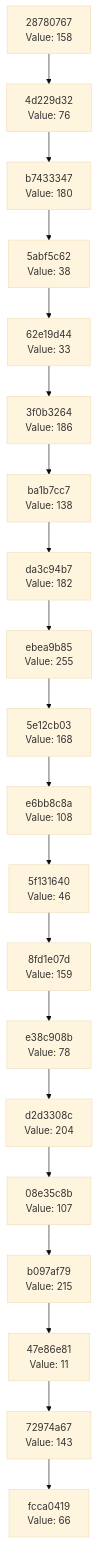
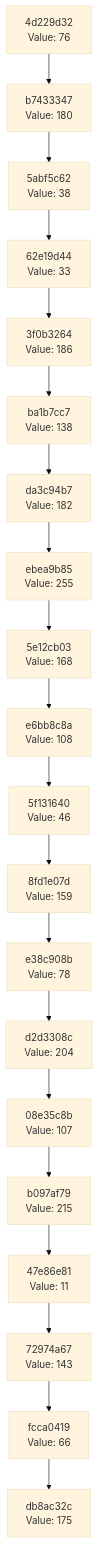
Before and after one commit to Abhisheksinha1506/hash-chain-evolver: the diagram in docs/CHAIN_VISUALIZATION.md, drawn with Mermaid (base theme). The commit also changed 3 other files, not shown here.

````diff
--- a/docs/CHAIN_VISUALIZATION.md
+++ b/docs/CHAIN_VISUALIZATION.md
@@ -3,42 +3,42 @@
 ```mermaid
 graph TD
-    C0["fcca0419<br/>Value: 66"]
-    C1["72974a67<br/>Value: 143"]
+    C0["db8ac32c<br/>Value: 175"]
+    C1["fcca0419<br/>Value: 66"]
     C1 --> C0
-    C2["47e86e81<br/>Value: 11"]
+    C2["72974a67<br/>Value: 143"]
     C2 --> C1
-    C3["b097af79<br/>Value: 215"]
+    C3["47e86e81<br/>Value: 11"]
     C3 --> C2
-    C4["08e35c8b<br/>Value: 107"]
+    C4["b097af79<br/>Value: 215"]
     C4 --> C3
-    C5["d2d3308c<br/>Value: 204"]
+    C5["08e35c8b<br/>Value: 107"]
     C5 --> C4
-    C6["e38c908b<br/>Value: 78"]
+    C6["d2d3308c<br/>Value: 204"]
     C6 --> C5
-    C7["8fd1e07d<br/>Value: 159"]
+    C7["e38c908b<br/>Value: 78"]
     C7 --> C6
-    C8["5f131640<br/>Value: 46"]
+    C8["8fd1e07d<br/>Value: 159"]
     C8 --> C7
-    C9["e6bb8c8a<br/>Value: 108"]
+    C9["5f131640<br/>Value: 46"]
     C9 --> C8
-    C10["5e12cb03<br/>Value: 168"]
+    C10["e6bb8c8a<br/>Value: 108"]
     C10 --> C9
-    C11["ebea9b85<br/>Value: 255"]
+    C11["5e12cb03<br/>Value: 168"]
     C11 --> C10
-    C12["da3c94b7<br/>Value: 182"]
+    C12["ebea9b85<br/>Value: 255"]
     C12 --> C11
-    C13["ba1b7cc7<br/>Value: 138"]
+    C13["da3c94b7<br/>Value: 182"]
     C13 --> C12
-    C14["3f0b3264<br/>Value: 186"]
+    C14["ba1b7cc7<br/>Value: 138"]
     C14 --> C13
-    C15["62e19d44<br/>Value: 33"]
+    C15["3f0b3264<br/>Value: 186"]
     C15 --> C14
-    C16["5abf5c62<br/>Value: 38"]
+    C16["62e19d44<br/>Value: 33"]
     C16 --> C15
-    C17["b7433347<br/>Value: 180"]
+    C17["5abf5c62<br/>Value: 38"]
     C17 --> C16
-    C18["4d229d32<br/>Value: 76"]
+    C18["b7433347<br/>Value: 180"]
     C18 --> C17
-    C19["28780767<br/>Value: 158"]
+    C19["4d229d32<br/>Value: 76"]
     C19 --> C18
 ```
````
